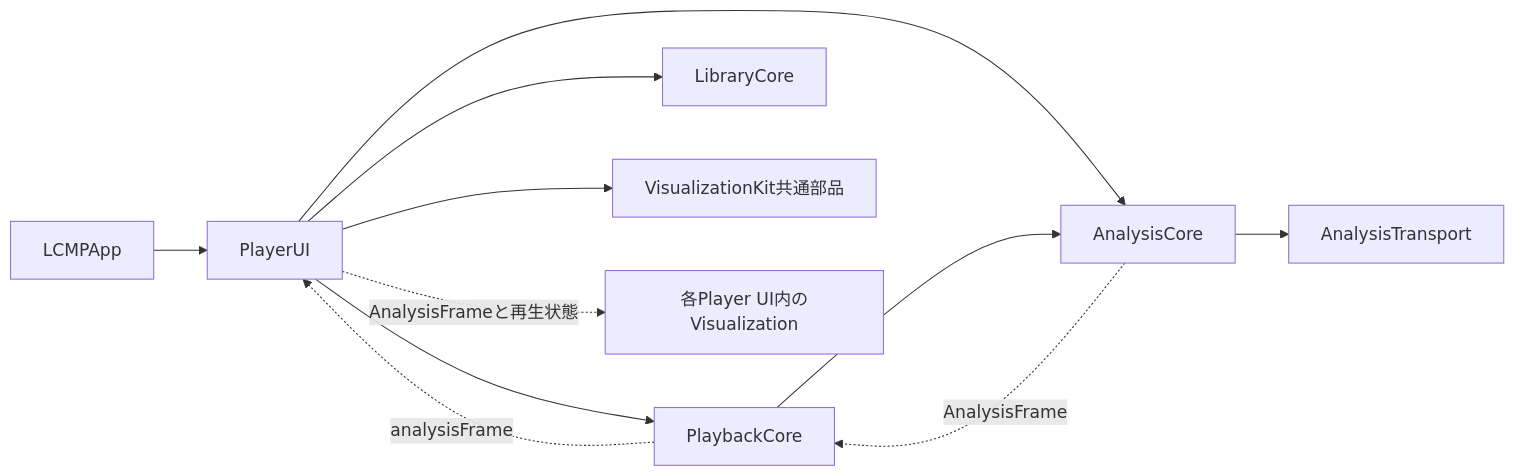
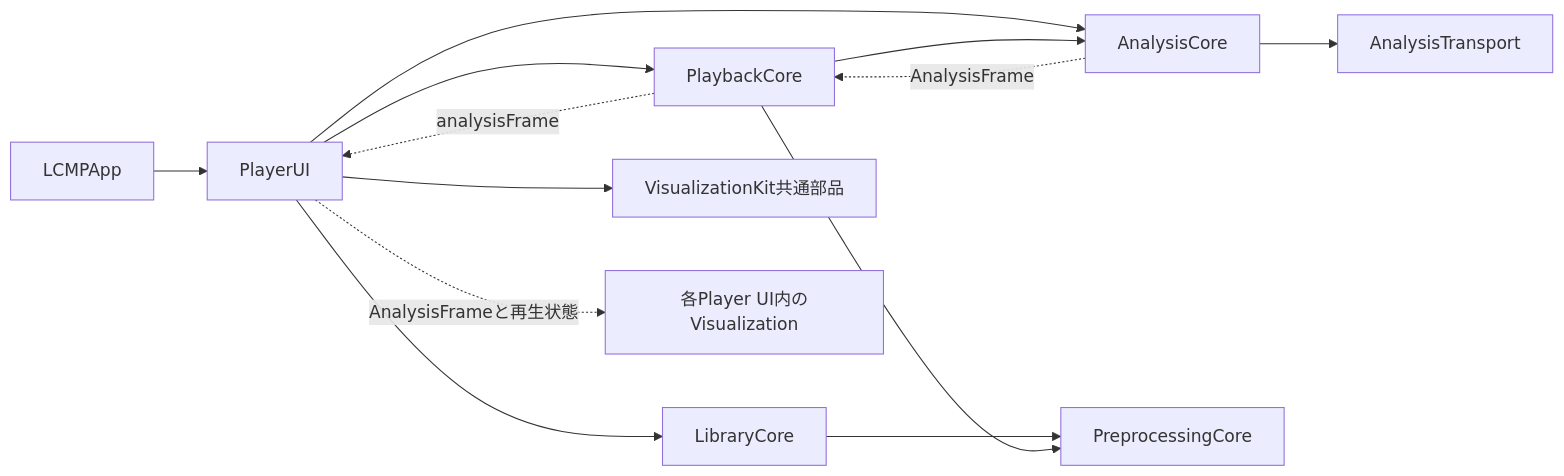
The diagram in docs/playerUI_developers.md (boyaki-machine/LC-Music-Player), drawn with Mermaid before and after one commit. The commit also changed other lines of this file and 31 other files, not shown here.

````diff
--- a/docs/playerUI_developers.md
+++ b/docs/playerUI_developers.md
@@ -61,13 +62,15 @@
 ```mermaid
 flowchart LR
     App[LCMPApp] --> UI[PlayerUI]
     UI --> Playback[PlaybackCore]
     UI --> Library[LibraryCore]
     UI --> Viz[VisualizationKit共通部品]
     UI --> Analysis[AnalysisCore]
+    Library --> Preprocessing[PreprocessingCore]
+    Playback --> Preprocessing
     Playback --> Analysis[AnalysisCore]
     Analysis --> Transport[AnalysisTransport]
     Analysis -. AnalysisFrame .-> Playback
     Playback -. analysisFrame .-> UI
     UI -. AnalysisFrameと再生状態 .-> Rendering[各Player UI内のVisualization]
 ```
````
